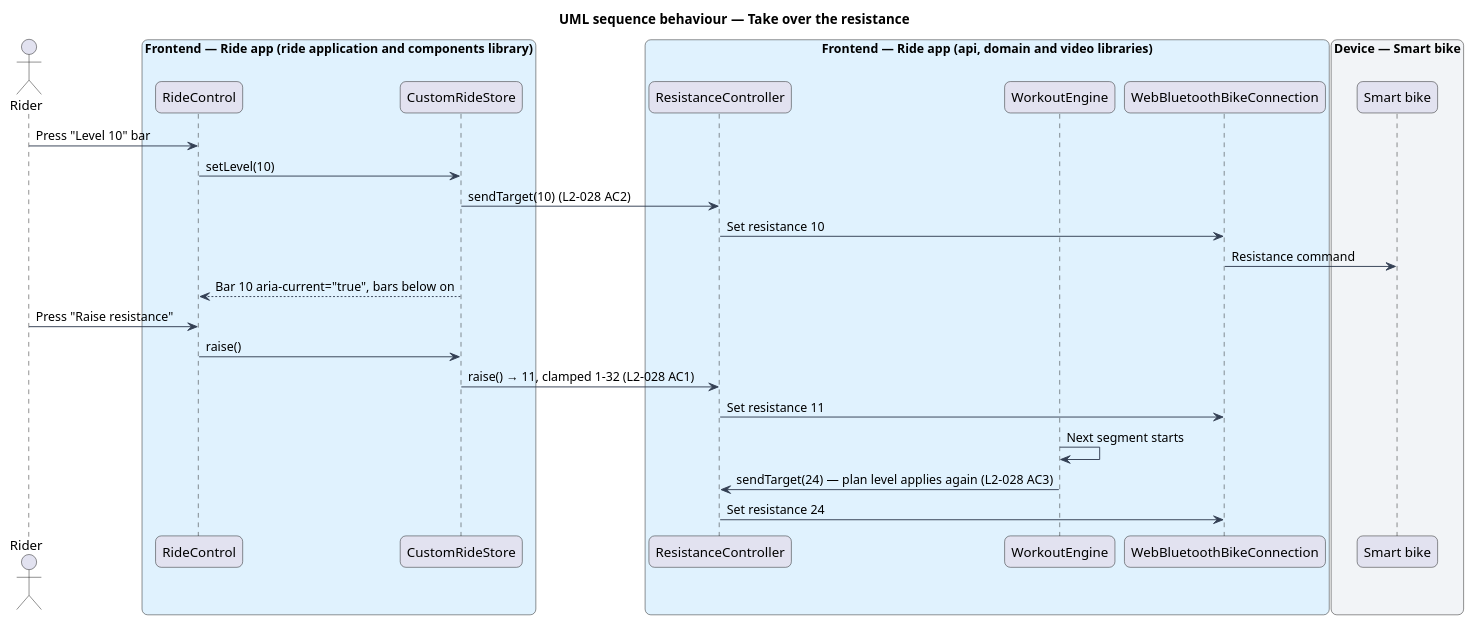
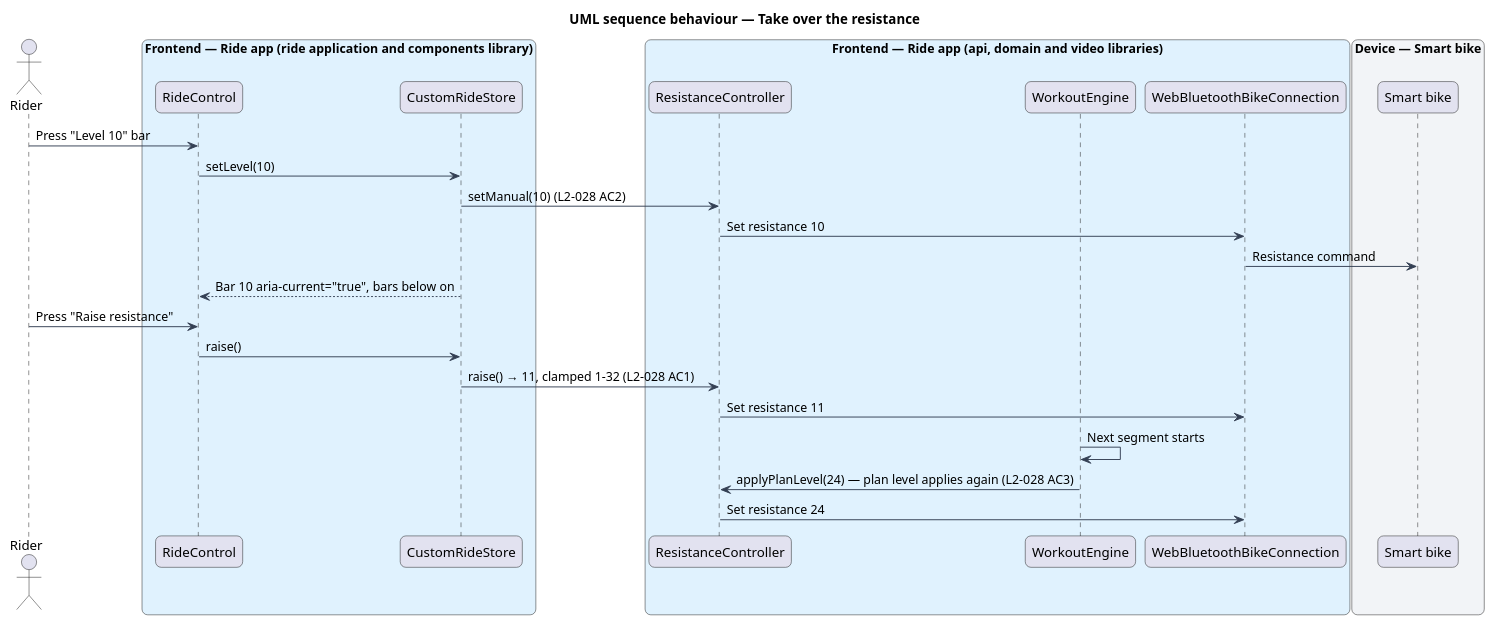
Before and after one commit to QuinntyneBrown/ride-one: the diagram in docs/detailed-designs/custom-workout/ride-a-custom-workout/diagrams/sequence-take-over-the-resistance.puml, drawn with PlantUML. The commit also changed 17 other files, not shown here.

```diff
--- a/docs/detailed-designs/custom-workout/ride-a-custom-workout/diagrams/sequence-take-over-the-resistance.puml
+++ b/docs/detailed-designs/custom-workout/ride-a-custom-workout/diagrams/sequence-take-over-the-resistance.puml
@@ -1,43 +1,43 @@
 @startuml
 title UML sequence behaviour — Take over the resistance
 skinparam backgroundColor #FFFFFF
 skinparam shadowing false
 skinparam roundcorner 12
 skinparam defaultFontName Arial
 skinparam ArrowColor #344054
 skinparam rectangle {
   BorderColor #344054
   FontColor #101828
 }
 skinparam package {
   BorderColor #667085
   FontColor #101828
   BackgroundColor #F9FAFB
 }
 actor "Rider" as rider
 box "Frontend — Ride app (ride application and components library)" #E0F2FE
   participant "RideControl" as control
   participant "CustomRideStore" as store
 end box
 box "Frontend — Ride app (api, domain and video libraries)" #E0F2FE
   participant "ResistanceController" as resist
   participant "WorkoutEngine" as engine
   participant "WebBluetoothBikeConnection" as conn
 end box
 box "Device — Smart bike" #F2F4F7
   participant "Smart bike" as bike
 end box
 rider -> control : Press "Level 10" bar
 control -> store : setLevel(10)
-store -> resist : sendTarget(10) (L2-028 AC2)
+store -> resist : setManual(10) (L2-028 AC2)
 resist -> conn : Set resistance 10
 conn -> bike : Resistance command
 store --> control : Bar 10 aria-current="true", bars below on
 rider -> control : Press "Raise resistance"
 control -> store : raise()
 store -> resist : raise() → 11, clamped 1–32 (L2-028 AC1)
 resist -> conn : Set resistance 11
 engine -> engine : Next segment starts
-engine -> resist : sendTarget(24) — plan level applies again (L2-028 AC3)
+engine -> resist : applyPlanLevel(24) — plan level applies again (L2-028 AC3)
 resist -> conn : Set resistance 24
 @enduml
```
